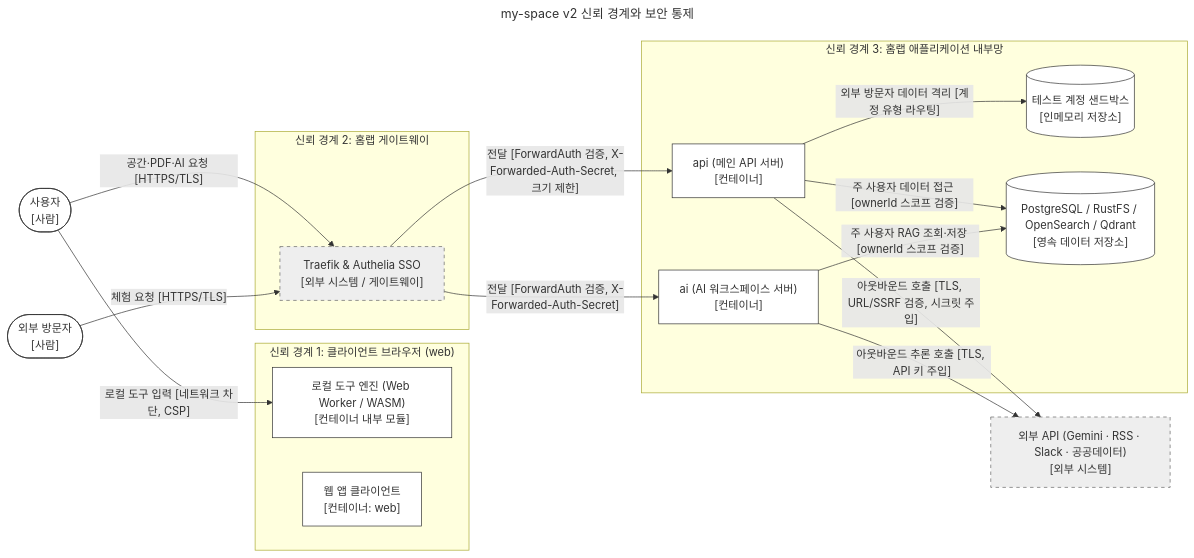
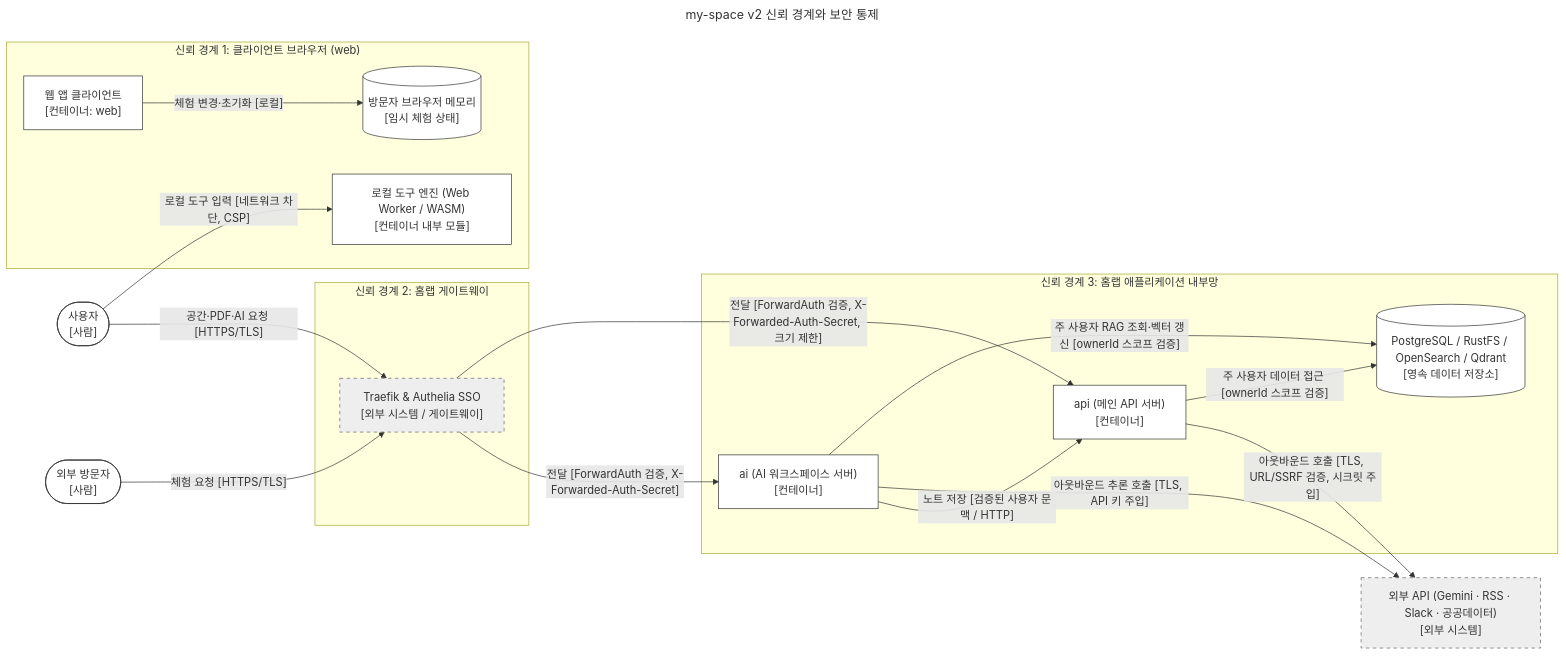
The diagram in architecture/arc-007-security-architecture.md (lkh-space/my-space-docs), drawn with Mermaid before and after one commit. The commit also changed other lines of this file and 7 other files, not shown here.

Commit message:
docs(architecture): align ARC docs with approved ADRs and finalize review

````diff
--- a/architecture/arc-007-security-architecture.md
+++ b/architecture/arc-007-security-architecture.md
@@ -39,44 +41,45 @@
 ```mermaid
 ---
 title: "my-space v2 신뢰 경계와 보안 통제"
 ---
 flowchart LR
   owner(["사용자<br/>[사람]"])
   visitor(["외부 방문자<br/>[사람]"])
 
   subgraph tb1["신뢰 경계 1: 클라이언트 브라우저 (web)"]
+    sandbox[("방문자 브라우저 메모리<br/>[임시 체험 상태]")]
     web_local["로컬 도구 엔진 (Web Worker / WASM)<br/>[컨테이너 내부 모듈]"]
     web_client["웹 앱 클라이언트<br/>[컨테이너: web]"]
   end
 
   subgraph tb2["신뢰 경계 2: 홈랩 게이트웨이"]
     edge["Traefik & Authelia SSO<br/>[외부 시스템 / 게이트웨이]"]
   end
 
   subgraph tb3["신뢰 경계 3: 홈랩 애플리케이션 내부망"]
     api["api (메인 API 서버)<br/>[컨테이너]"]
     ai["ai (AI 워크스페이스 서버)<br/>[컨테이너]"]
-    sandbox[("테스트 계정 샌드박스<br/>[인메모리 저장소]")]
     db[("PostgreSQL / RustFS / OpenSearch / Qdrant<br/>[영속 데이터 저장소]")]
   end
 
   ext["외부 API (Gemini · RSS · Slack · 공공데이터)<br/>[외부 시스템]"]
 
   owner -->|"로컬 도구 입력 [네트워크 차단, CSP]"| web_local
   owner -->|"공간·PDF·AI 요청 [HTTPS/TLS]"| edge
   visitor -->|"체험 요청 [HTTPS/TLS]"| edge
   edge -->|"전달 [ForwardAuth 검증, X-Forwarded-Auth-Secret, 크기 제한]"| api
   edge -->|"전달 [ForwardAuth 검증, X-Forwarded-Auth-Secret]"| ai
   api -->|"주 사용자 데이터 접근 [ownerId 스코프 검증]"| db
-  api -->|"외부 방문자 데이터 격리 [계정 유형 라우팅]"| sandbox
-  ai -->|"주 사용자 RAG 조회·저장 [ownerId 스코프 검증]"| db
+  web_client -->|"체험 변경·초기화 [로컬]"| sandbox
+  ai -->|"주 사용자 RAG 조회·벡터 갱신 [ownerId 스코프 검증]"| db
   api -->|"아웃바운드 호출 [TLS, URL/SSRF 검증, 시크릿 주입]"| ext
   ai -->|"아웃바운드 추론 호출 [TLS, API 키 주입]"| ext
 
+  ai -->|"노트 저장 [검증된 사용자 문맥 / HTTP]"| api
   classDef person fill:#ffffff,stroke:#333333
   classDef container fill:#ffffff,stroke:#333333
   classDef external fill:#eeeeee,stroke:#666666,stroke-dasharray:5 5
   class owner,visitor person
   class web_local,web_client,api,ai,sandbox,db container
   class edge,ext external
 ```
````
